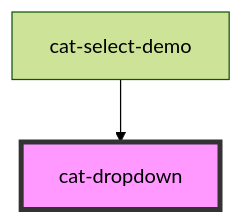
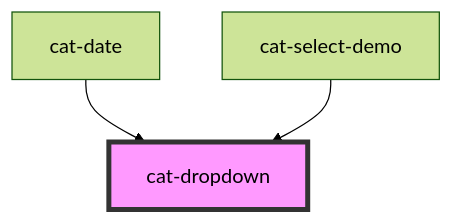
One commit to haiilo/catalyst changed the diagram in core/src/components/cat-dropdown/readme.md. Above: the diagram before and after it, drawn with Mermaid (forest theme). The commit also changed other lines of this file and 42 other files, not shown here.

````diff
--- a/core/src/components/cat-dropdown/readme.md
+++ b/core/src/components/cat-dropdown/readme.md
@@ -45,5 +67,6 @@
 ```mermaid
 graph TD;
+  cat-date --> cat-dropdown
   cat-select-demo --> cat-dropdown
   style cat-dropdown fill:#f9f,stroke:#333,stroke-width:4px
 ```
````
